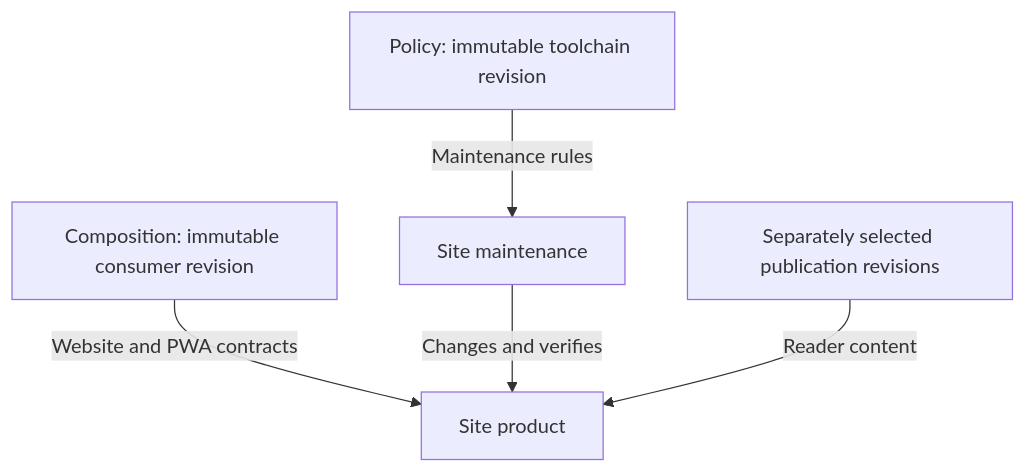
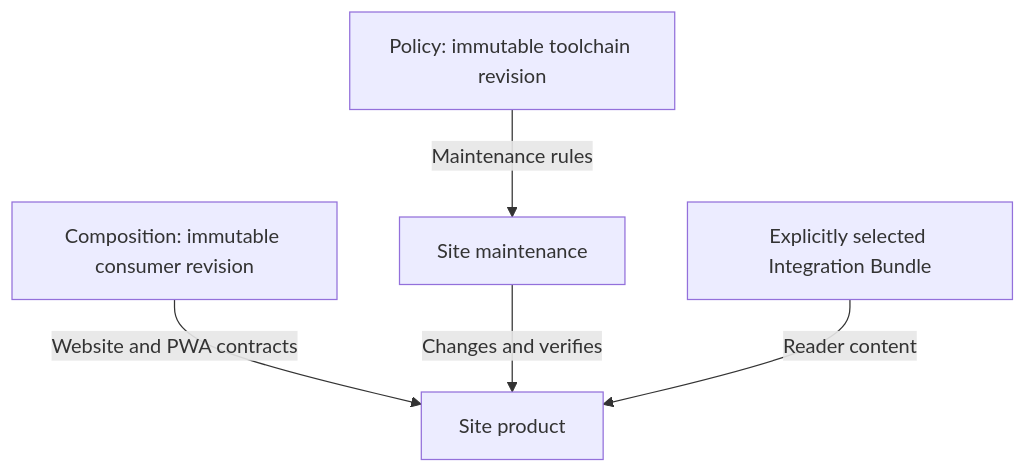
Before and after one commit to TakashiSasaki/templates: the diagram in docs/policy-composition-coexistence.md, drawn with Mermaid. The commit also changed other lines of this file and 14 other files, not shown here.

````diff
--- a/docs/policy-composition-coexistence.md
+++ b/docs/policy-composition-coexistence.md
@@ -203,7 +203,7 @@
 ```mermaid
 flowchart TD
   C["Composition: immutable consumer revision"] -->|"Website and PWA contracts"|S["Site product"]
   P["Policy: immutable toolchain revision"] -->|"Maintenance rules"|M["Site maintenance"]
   M -->|"Changes and verifies"|S
-  CP["Separately selected publication revisions"] -->|"Reader content"|S
+  CP["Explicitly selected Integration Bundle"] -->|"Reader content"|S
 ```
````
